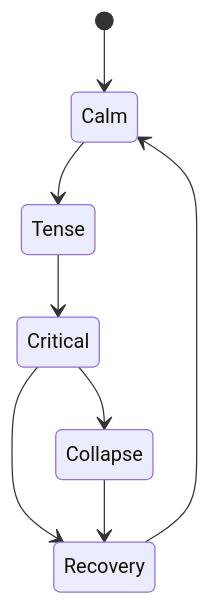
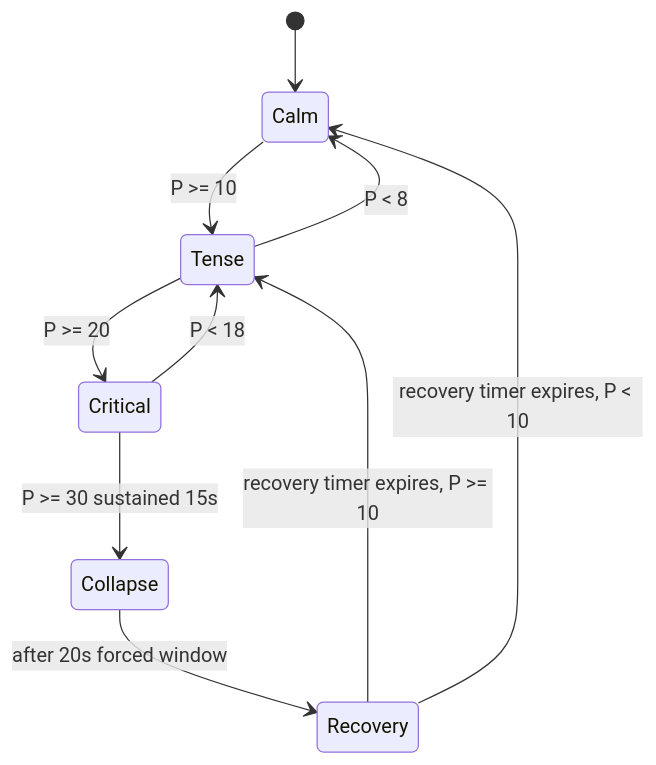
One commit to snehadpatel/QuestBit changed the second of 2 diagrams in Project-Echo/docs/GDD/11 Stress System.md. Above: the diagram before and after it, drawn with Mermaid. The commit also changed other lines of this file and 16 other files, not shown here.

````diff
--- a/Project-Echo/docs/GDD/11 Stress System.md
+++ b/Project-Echo/docs/GDD/11 Stress System.md
@@ -39,10 +54,12 @@
 ```mermaid
 stateDiagram-v2
     [*] --> Calm
-    Calm --> Tense
-    Tense --> Critical
-    Critical --> Recovery
-    Recovery --> Calm
-    Critical --> Collapse
-    Collapse --> Recovery
+    Calm --> Tense: P >= 10
+    Tense --> Calm: P < 8
+    Tense --> Critical: P >= 20
+    Critical --> Tense: P < 18
+    Critical --> Collapse: P >= 30 sustained 15s
+    Collapse --> Recovery: after 20s forced window
+    Recovery --> Calm: recovery timer expires, P < 10
+    Recovery --> Tense: recovery timer expires, P >= 10
 ```
````
